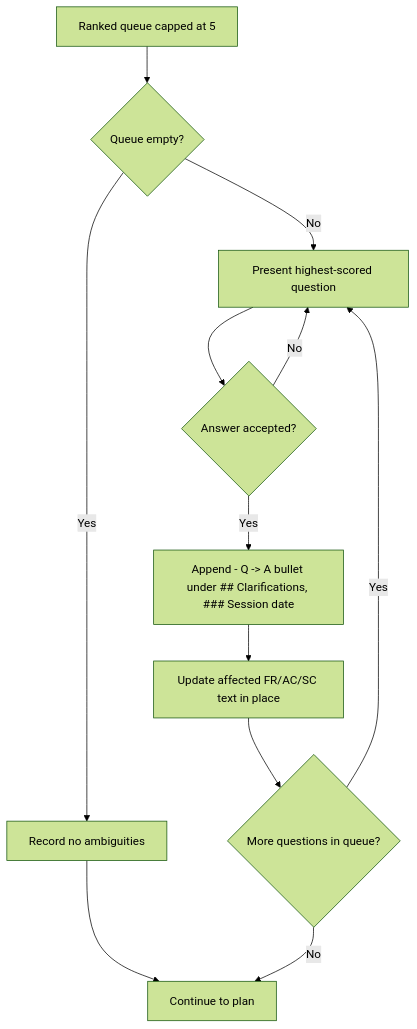
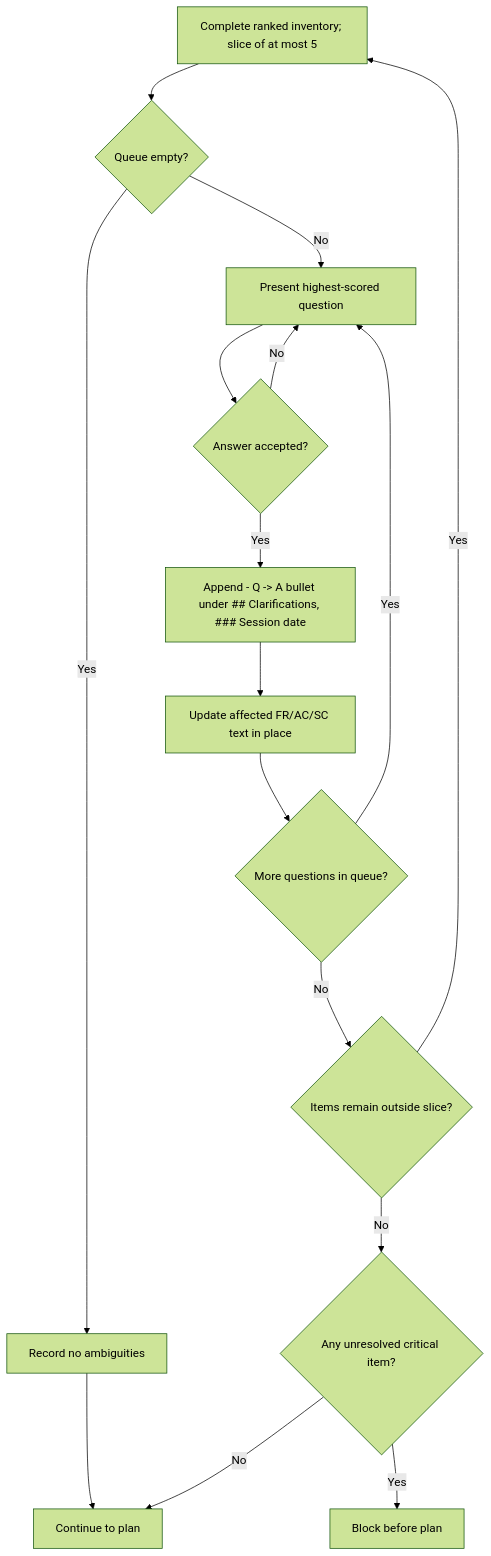
Before and after one commit to julien-m/livespec: the third of 4 diagrams in .specs/features/069-clarify-gate/spec.md, drawn with Mermaid (forest theme). The commit also changed other lines of this file and 299 other files, not shown here.

````diff
--- a/.specs/features/069-clarify-gate/spec.md
+++ b/.specs/features/069-clarify-gate/spec.md
@@ -185,13 +213,17 @@
 ```mermaid
 flowchart TD
-    A[Ranked queue capped at 5] --> B{Queue empty?}
+    A[Complete ranked inventory; slice of at most 5] --> B{Queue empty?}
     B -- Yes --> C[Record no ambiguities] --> Z[Continue to plan]
     B -- No --> D[Present highest-scored question]
     D --> E{Answer accepted?}
     E -- No --> D
     E -- Yes --> F[Append - Q -> A bullet under ## Clarifications, ### Session date]
     F --> G[Update affected FR/AC/SC text in place]
     G --> H{More questions in queue?}
     H -- Yes --> D
-    H -- No --> Z
+    H -- No --> I{Items remain outside slice?}
+    I -- Yes --> A
+    I -- No --> J{Any unresolved critical item?}
+    J -- Yes --> K[Block before plan]
+    J -- No --> Z
 ```
````
